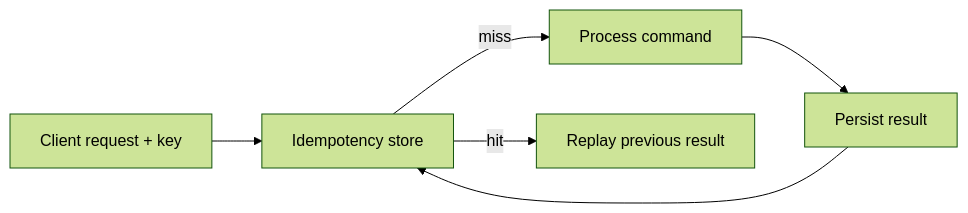
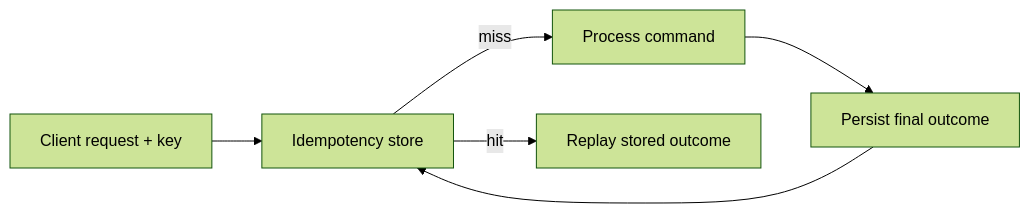
Before and after one commit to sandeepbhardwaj/sandeepbhardwaj.github.io: the diagram in _posts/2026-05-27-idempotency-exactly-once-semantics-java-services.md, drawn with Mermaid (forest theme). The commit also changed other lines of this file and 113 other files, not shown here.

````diff
--- a/_posts/2026-05-27-idempotency-exactly-once-semantics-java-services.md
+++ b/_posts/2026-05-27-idempotency-exactly-once-semantics-java-services.md
@@ -154,8 +156,8 @@
-        ```mermaid
+```mermaid
 flowchart LR
     A[Client request + key] --> B[Idempotency store]
     B -->|miss| C[Process command]
-    C --> D[Persist result]
+    C --> D[Persist final outcome]
     D --> B
-    B -->|hit| E[Replay previous result]
+    B -->|hit| E[Replay stored outcome]
 ```
````
